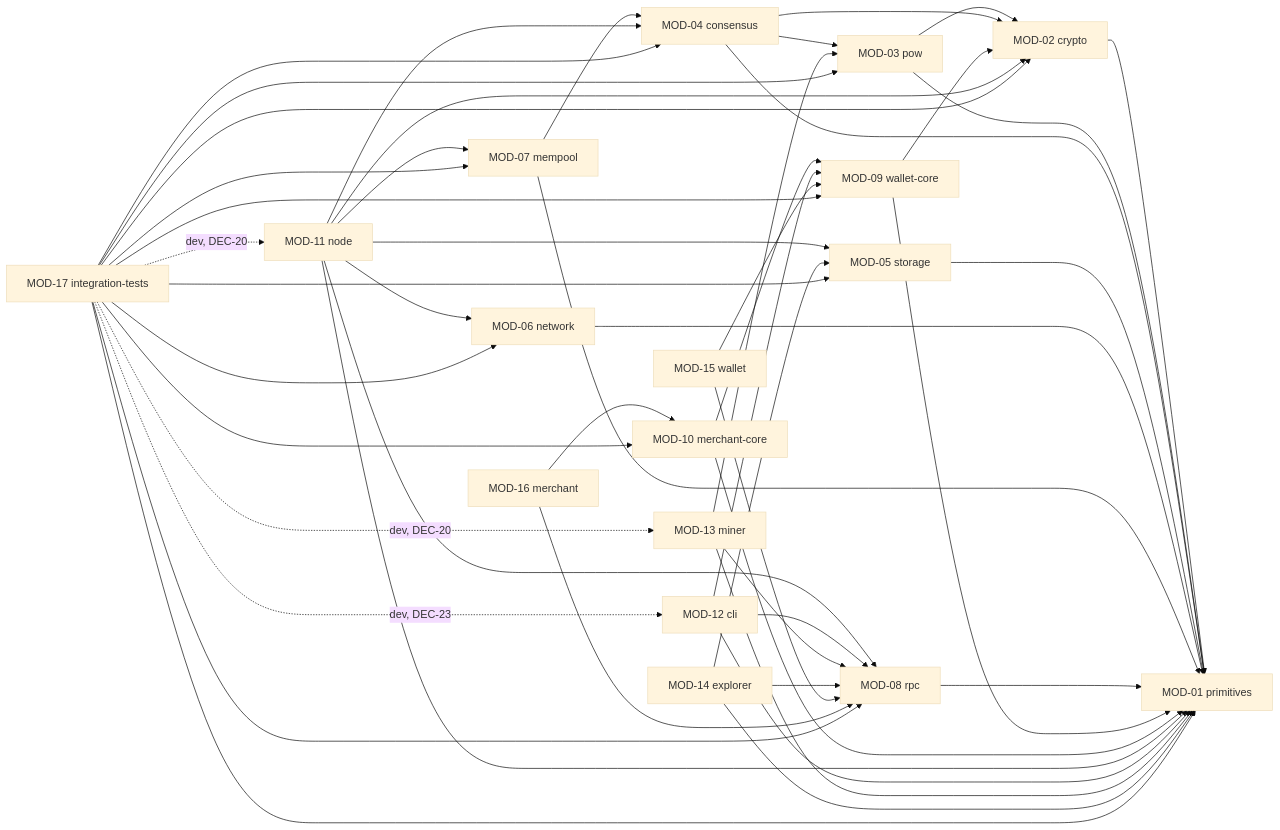
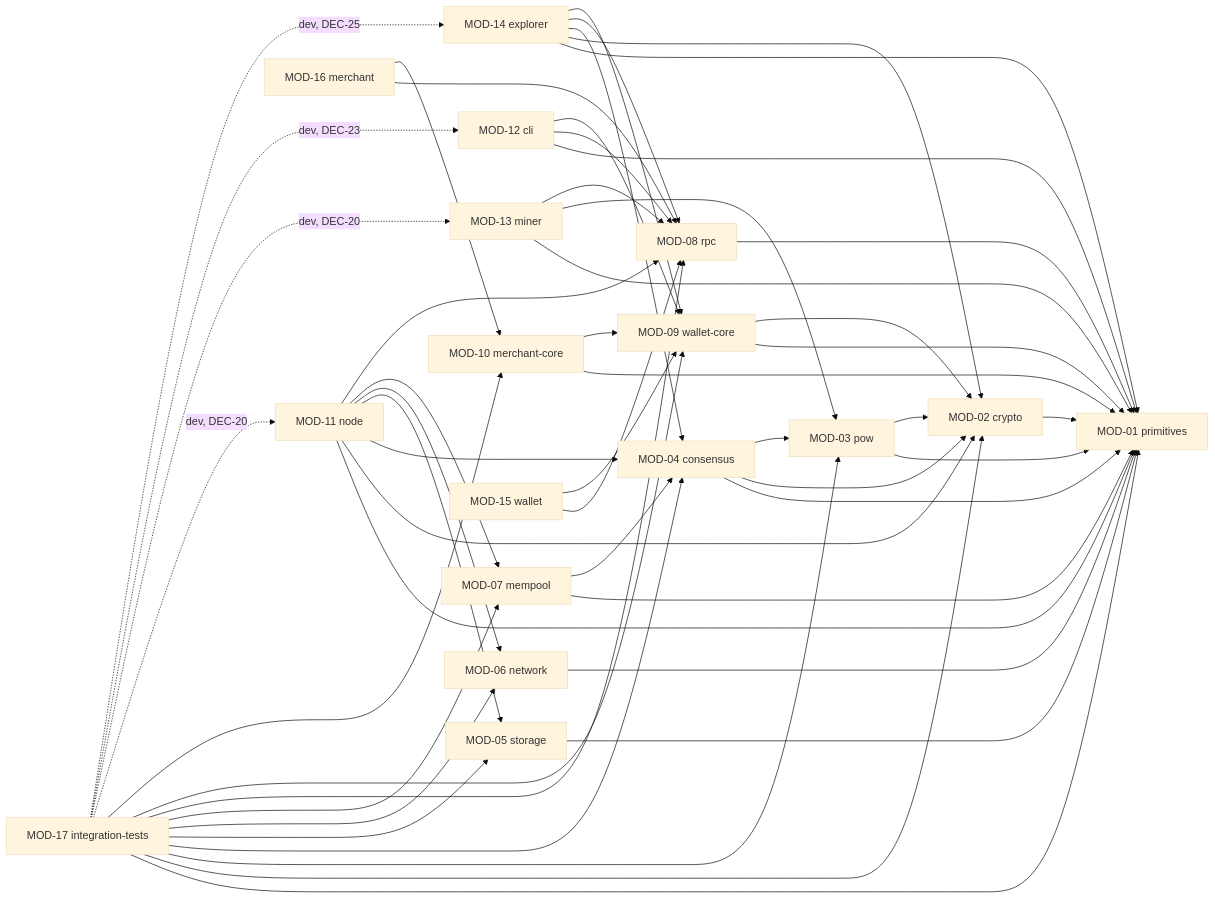
One commit to ratuaurion-dev/zevrigo changed the diagram in docs/system-map.md. Above: the diagram before and after it, drawn with Mermaid (base theme). The commit also changed other lines of this file and 9 other files, not shown here.

````diff
--- a/docs/system-map.md
+++ b/docs/system-map.md
@@ -31,76 +31,79 @@
 ```mermaid
 graph LR
     MOD01["MOD-01 primitives"]
     MOD02["MOD-02 crypto"]
     MOD03["MOD-03 pow"]
     MOD04["MOD-04 consensus"]
     MOD05["MOD-05 storage"]
     MOD06["MOD-06 network"]
     MOD07["MOD-07 mempool"]
     MOD08["MOD-08 rpc"]
     MOD09["MOD-09 wallet-core"]
     MOD10["MOD-10 merchant-core"]
     MOD11["MOD-11 node"]
     MOD12["MOD-12 cli"]
     MOD13["MOD-13 miner"]
     MOD14["MOD-14 explorer"]
     MOD15["MOD-15 wallet"]
     MOD16["MOD-16 merchant"]
     MOD17["MOD-17 integration-tests"]
 
     MOD02 --> MOD01
     MOD03 --> MOD01
     MOD03 --> MOD02
     MOD04 --> MOD01
     MOD04 --> MOD02
     MOD04 --> MOD03
     MOD05 --> MOD01
     MOD06 --> MOD01
     MOD07 --> MOD01
     MOD07 --> MOD04
     MOD08 --> MOD01
     MOD09 --> MOD01
     MOD09 --> MOD02
     MOD10 --> MOD01
     MOD10 --> MOD09
 
     MOD11 --> MOD01
     MOD11 --> MOD02
     MOD11 --> MOD04
     MOD11 --> MOD05
     MOD11 --> MOD06
     MOD11 --> MOD07
     MOD11 --> MOD08
 
     MOD12 --> MOD01
     MOD12 --> MOD08
     MOD12 --> MOD09
 
     MOD13 --> MOD01
     MOD13 --> MOD03
     MOD13 --> MOD08
 
     MOD14 --> MOD01
-    MOD14 --> MOD05
+    MOD14 --> MOD02
+    MOD14 --> MOD04
     MOD14 --> MOD08
+    MOD14 --> MOD09
 
     MOD15 --> MOD08
     MOD15 --> MOD09
 
     MOD16 --> MOD08
     MOD16 --> MOD10
 
     MOD17 --> MOD01
     MOD17 --> MOD02
     MOD17 --> MOD03
     MOD17 --> MOD04
     MOD17 --> MOD05
     MOD17 --> MOD06
     MOD17 --> MOD07
     MOD17 --> MOD08
     MOD17 --> MOD09
     MOD17 --> MOD10
     MOD17 -.->|dev, DEC-20| MOD11
     MOD17 -.->|dev, DEC-20| MOD13
     MOD17 -.->|dev, DEC-23| MOD12
+    MOD17 -.->|dev, DEC-25| MOD14
 ```
````
